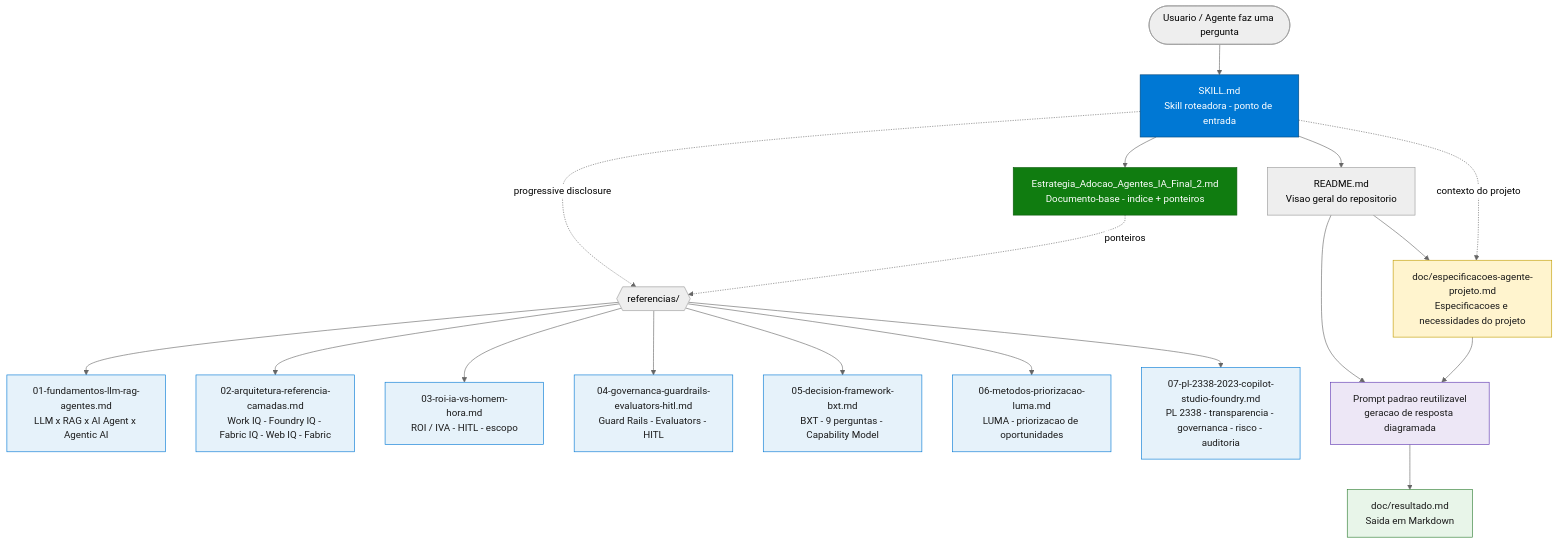
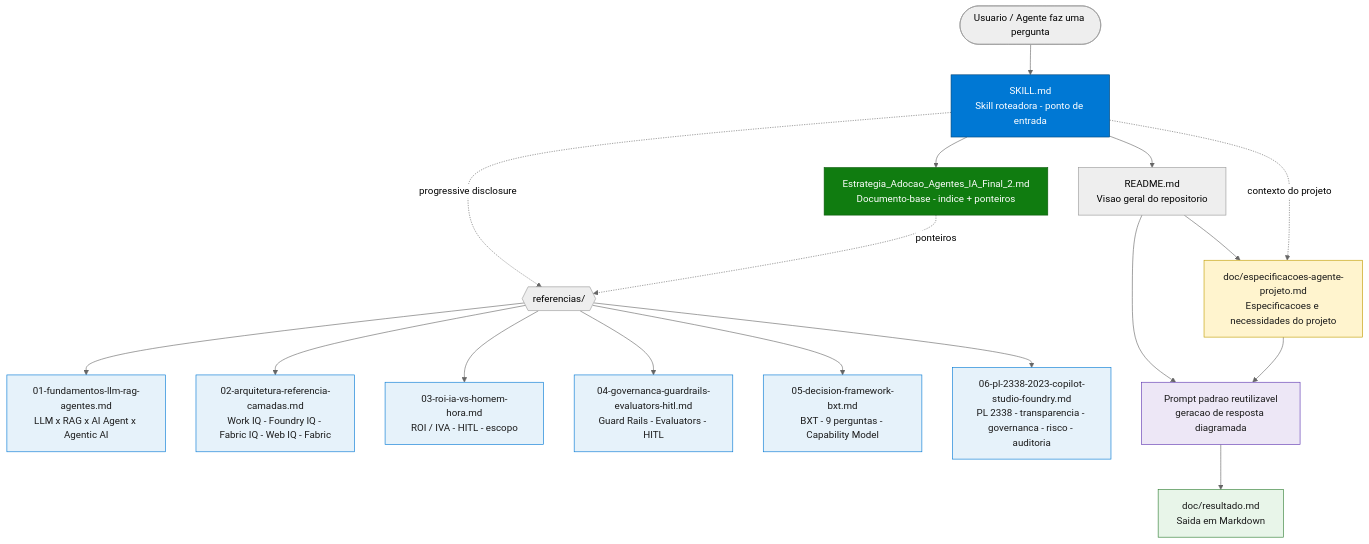
Before and after one commit to fabioharams/hubsp-ai-skill: the first of 2 diagrams in README.md, drawn with Mermaid (neutral theme). The commit also changed other lines of this file and 4 other files, not shown here.

````diff
--- a/README.md
+++ b/README.md
@@ -37,36 +36,35 @@
 ```mermaid
 graph TD
     USER([Usuario / Agente faz uma pergunta]) --> SKILL[SKILL.md<br/>Skill roteadora - ponto de entrada]
     SKILL --> CANON[Estrategia_Adocao_Agentes_IA_Final_2.md<br/>Documento-base - indice + ponteiros]
 
     SKILL -. progressive disclosure .-> REF{{referencias/}}
     CANON -. ponteiros .-> REF
 
       REF --> R1[01-fundamentos-llm-rag-agentes.md<br/>LLM x RAG x AI Agent x Agentic AI]
       REF --> R2[02-arquitetura-referencia-camadas.md<br/>Work IQ - Foundry IQ - Fabric IQ - Web IQ - Fabric]
       REF --> R3[03-roi-ia-vs-homem-hora.md<br/>ROI / IVA - HITL - escopo]
       REF --> R4[04-governanca-guardrails-evaluators-hitl.md<br/>Guard Rails - Evaluators - HITL]
       REF --> R5[05-decision-framework-bxt.md<br/>BXT - 9 perguntas - Capability Model]
-      REF --> R6[06-metodos-priorizacao-luma.md<br/>LUMA - priorizacao de oportunidades]
-      REF --> R7[07-pl-2338-2023-copilot-studio-foundry.md<br/>PL 2338 - transparencia - governanca - risco - auditoria]
+      REF --> R6[06-pl-2338-2023-copilot-studio-foundry.md<br/>PL 2338 - transparencia - governanca - risco - auditoria]
 
     SKILL --> README[README.md<br/>Visao geral do repositorio]
    README --> DOC[doc/especificacoes-agente-projeto.md<br/>Especificacoes e necessidades do projeto]
    SKILL -. contexto do projeto .-> DOC
    README --> PROMPT[Prompt padrao reutilizavel<br/>geracao de resposta diagramada]
    DOC --> PROMPT
    PROMPT --> OUTMD[doc/resultado.md<br/>Saida em Markdown]
 
     classDef entry fill:#0078D4,stroke:#004578,color:#fff;
     classDef canon fill:#107C10,stroke:#0B5A0B,color:#fff;
     classDef ref fill:#E6F2FA,stroke:#0078D4,color:#1a1a1a;
    classDef doc fill:#FFF4CE,stroke:#C19C00,color:#1a1a1a;
    classDef prompt fill:#EDE7F6,stroke:#5E35B1,color:#1a1a1a;
    classDef output fill:#E8F5E9,stroke:#2E7D32,color:#1a1a1a;
     class SKILL entry;
     class CANON canon;
-   class R1,R2,R3,R4,R5,R6,R7 ref;
+   class R1,R2,R3,R4,R5,R6 ref;
    class DOC doc;
    class PROMPT prompt;
    class OUTMD output;
 ```
````
